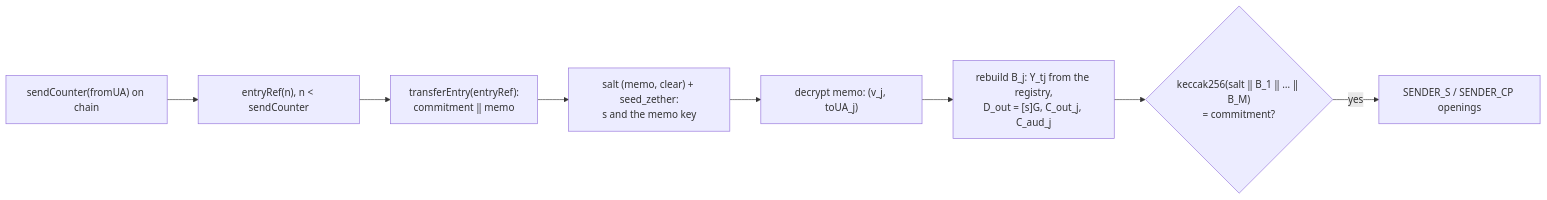
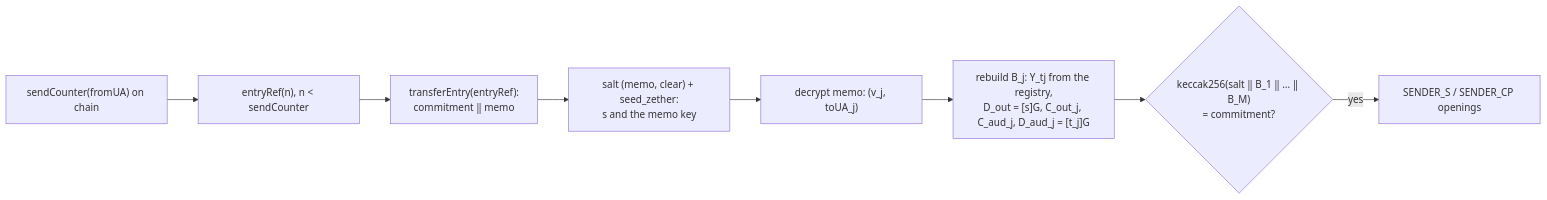
The second of 3 diagrams in docs/contracts/zether.md (dinhduongha/scaas), drawn with Mermaid before and after one commit. The commit also changed other lines of this file and 2 other files, not shown here.

````diff
--- a/docs/contracts/zether.md
+++ b/docs/contracts/zether.md
@@ -645,10 +672,10 @@
 ```mermaid
 flowchart LR
     N["sendCounter(fromUA) on chain"] --> E["entryRef(n), n < sendCounter"]
     E --> T["transferEntry(entryRef):<br/>commitment ‖ memo"]
     T --> K["salt (memo, clear) + seed_zether:<br/>s and the memo key"]
     K --> D["decrypt memo: (v_j, toUA_j)"]
-    D --> B["rebuild B_j: Y_tj from the registry,<br/>D_out = [s]G, C_out_j, C_aud_j"]
+    D --> B["rebuild B_j: Y_tj from the registry,<br/>D_out = [s]G, C_out_j, C_aud_j, D_aud_j = [t_j]G"]
     B --> H{"keccak256(salt ‖ B_1 ‖ … ‖ B_M)<br/>= commitment?"}
     H -->|yes| O["SENDER_S / SENDER_CP openings"]
 ```
````
